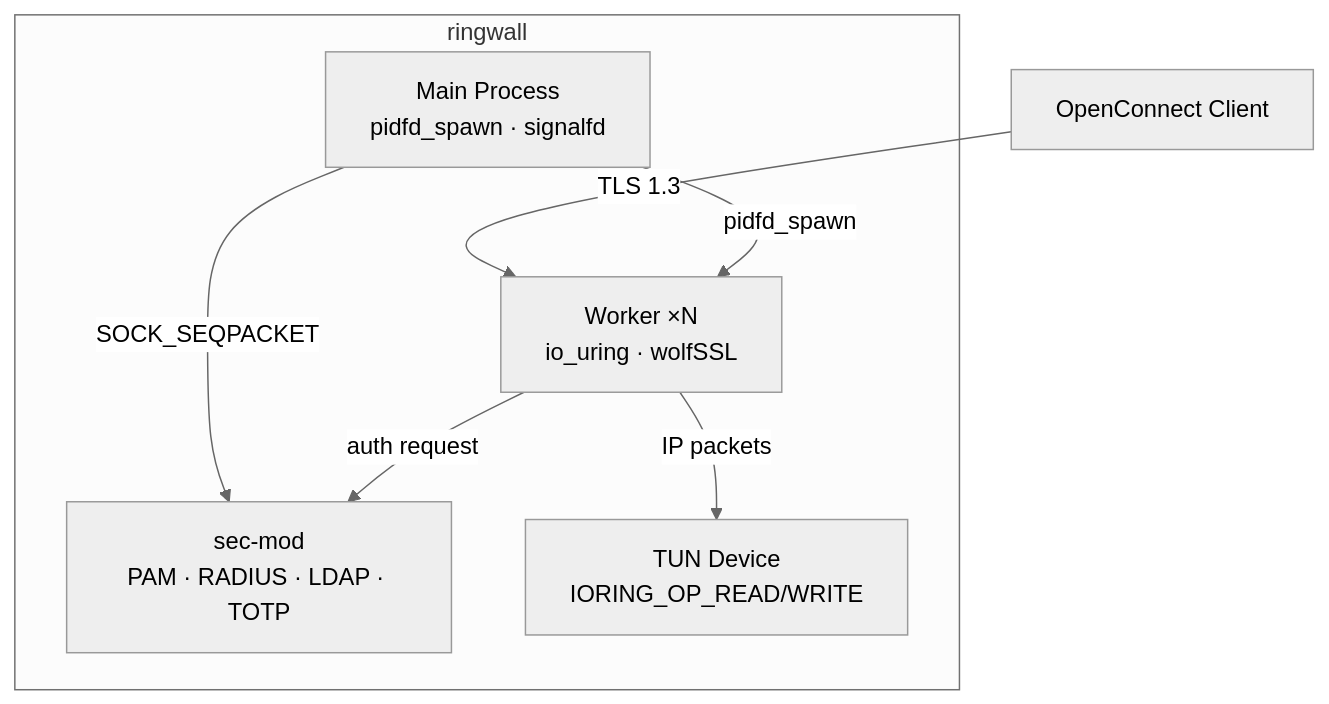
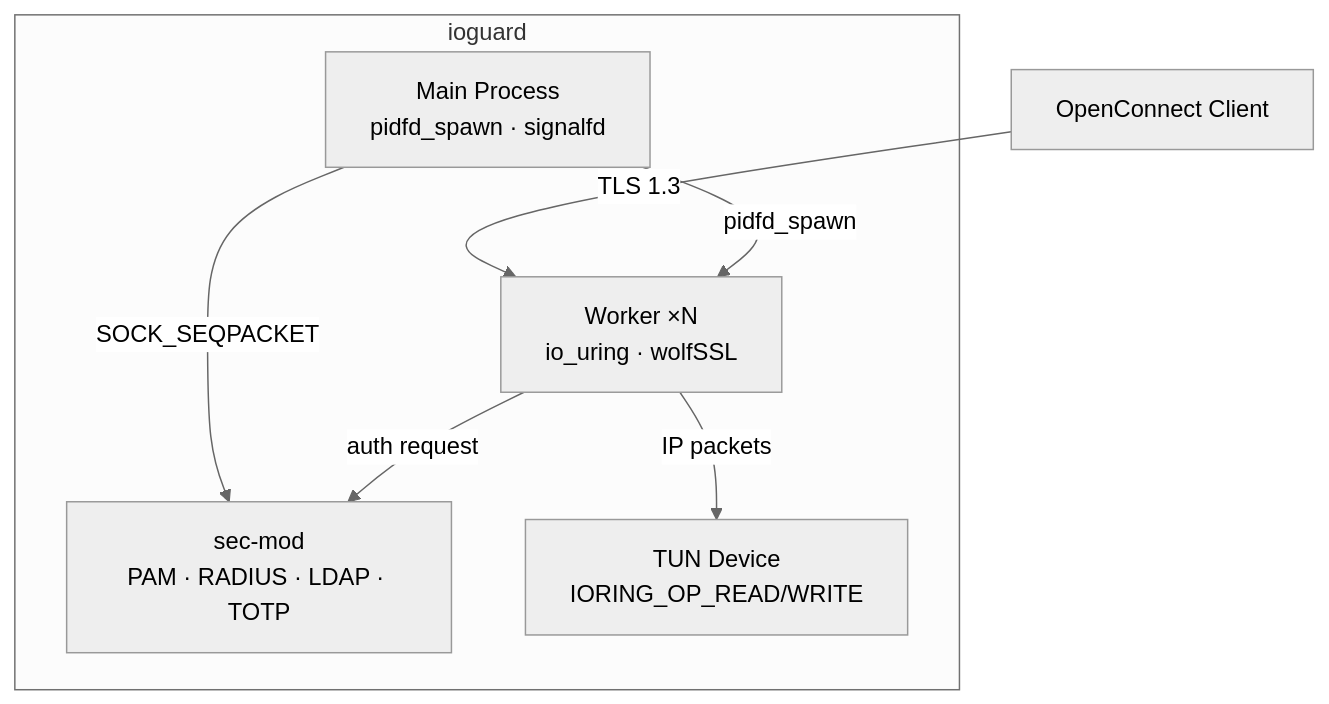
Before and after one commit to dantte-lp/ioguard: the diagram in README.md, drawn with Mermaid (neutral theme). The commit also changed other lines of this file and 101 other files, not shown here.

Commit message:
chore: rename ringwall to ioguard

````diff
--- a/README.md
+++ b/README.md
@@ -32,14 +32,14 @@
 ```mermaid
 graph TB
-    subgraph "ringwall"
+    subgraph "ioguard"
         MAIN["Main Process<br/>pidfd_spawn · signalfd"]
         SECMOD["sec-mod<br/>PAM · RADIUS · LDAP · TOTP"]
         WORKER["Worker ×N<br/>io_uring · wolfSSL"]
         TUN["TUN Device<br/>IORING_OP_READ/WRITE"]
     end
     CLIENT["OpenConnect Client"] -->|TLS 1.3| WORKER
     MAIN -->|SOCK_SEQPACKET| SECMOD
     MAIN -->|pidfd_spawn| WORKER
     WORKER -->|IP packets| TUN
     WORKER -->|auth request| SECMOD
 ```
````
